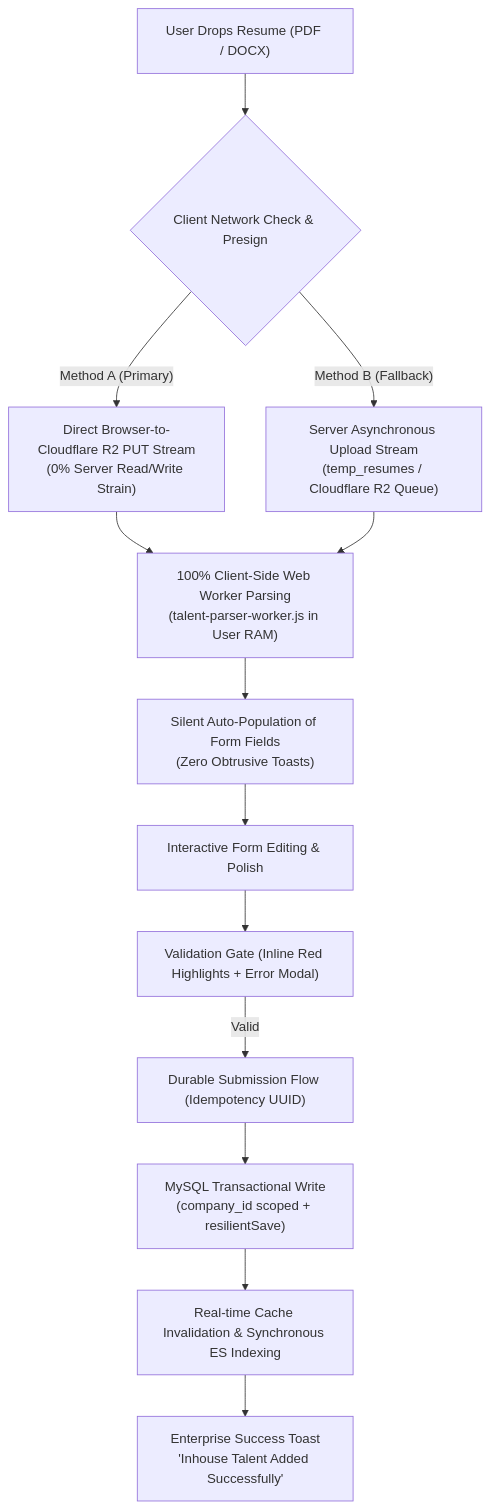
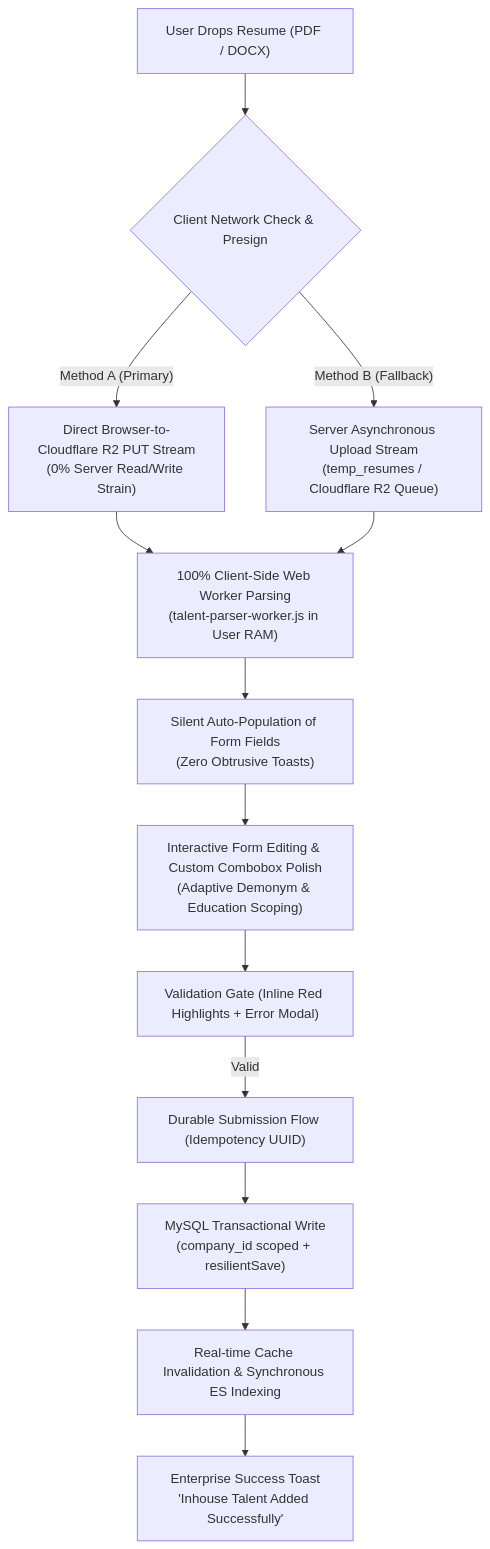
Before and after one commit to 4belldevelopers/sales-crm-final: the diagram in docs/V4_Jeroworks_Upgrade/BENCH_TALENT_TODAY_REVIEW/ADD_BENCH_TALENT_COMPLETE_ENGINEERING_REVIEW_AND_FIXES_2026_09_29.md, drawn with Mermaid. The commit also changed other lines of this file, not shown here.

Commit message:
docs(bench-talent): update engineering review with commits 21-28, custom combobox, adaptive education, and tenant cascading

````diff
--- a/docs/V4_Jeroworks_Upgrade/BENCH_TALENT_TODAY_REVIEW/ADD_BENCH_TALENT_COMPLETE_ENGINEERING_REVIEW_AND_FIXES_2026_09_29.md
+++ b/docs/V4_Jeroworks_Upgrade/BENCH_TALENT_TODAY_REVIEW/ADD_BENCH_TALENT_COMPLETE_ENGINEERING_REVIEW_AND_FIXES_2026_09_29.md
@@ -27,14 +30,14 @@
 ```mermaid
 flowchart TD
     A["User Drops Resume (PDF / DOCX)"] --> B{"Client Network Check & Presign"}
     B -->|"Method A (Primary)"| C["Direct Browser-to-Cloudflare R2 PUT Stream<br/>(0% Server Read/Write Strain)"]
     B -->|"Method B (Fallback)"| D["Server Asynchronous Upload Stream<br/>(temp_resumes / Cloudflare R2 Queue)"]
     C & D --> E["100% Client-Side Web Worker Parsing<br/>(talent-parser-worker.js in User RAM)"]
     E --> F["Silent Auto-Population of Form Fields<br/>(Zero Obtrusive Toasts)"]
-    F --> G["Interactive Form Editing & Polish"]
+    F --> G["Interactive Form Editing & Custom Combobox Polish<br/>(Adaptive Demonym & Education Scoping)"]
     G --> H["Validation Gate (Inline Red Highlights + Error Modal)"]
     H -->|"Valid"| I["Durable Submission Flow (Idempotency UUID)"]
     I --> J["MySQL Transactional Write<br/>(company_id scoped + resilientSave)"]
     J --> K["Real-time Cache Invalidation & Synchronous ES Indexing"]
     K --> L["Enterprise Success Toast<br/>'Inhouse Talent Added Successfully'"]
 ```
````
